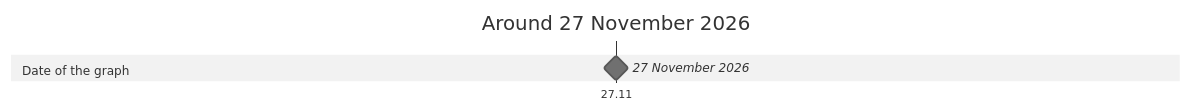
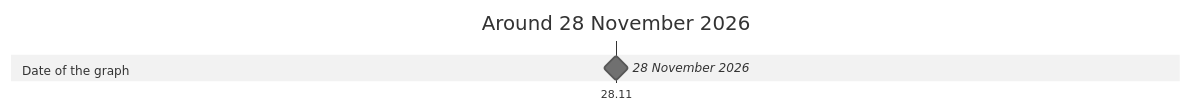
Before and after one commit to advancedcognitivesystems-ai/trame: the diagram in docs/timeline.md, drawn with Mermaid (neutral theme). The commit also changed other lines of this file and 364 other files, not shown here.

````diff
--- a/docs/timeline.md
+++ b/docs/timeline.md
@@ -5,8 +5,8 @@
 ```mermaid
 gantt
   dateFormat YYYY-MM-DD
   axisFormat %d.%m
-  title Around 27 November 2026
+  title Around 28 November 2026
   section Date of the graph
-    27 November 2026 : milestone, 2026-11-27, 0d
+    28 November 2026 : milestone, 2026-11-28, 0d
 ```
````
